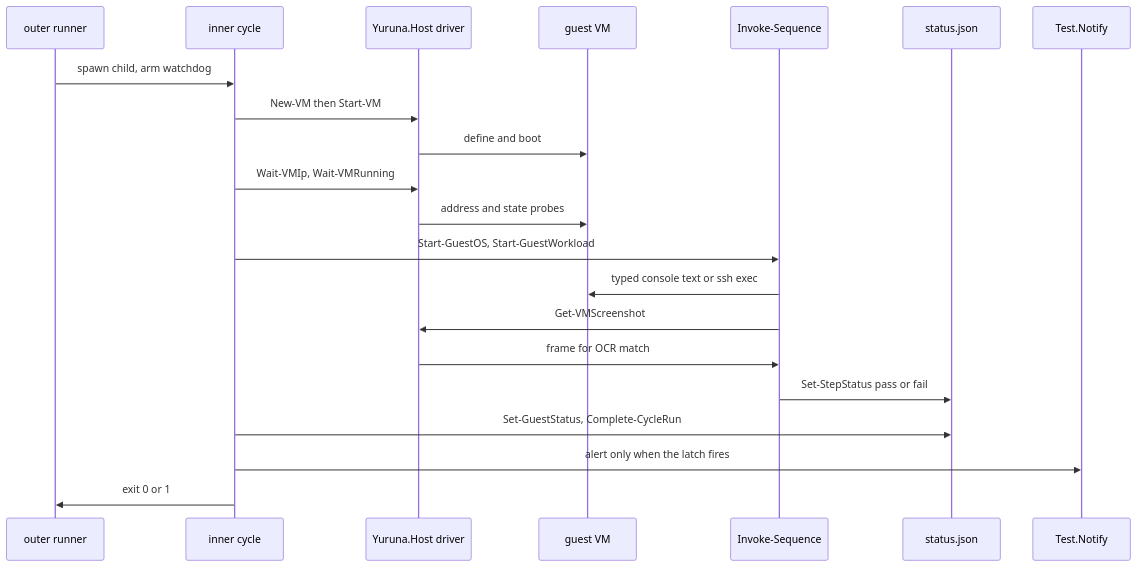
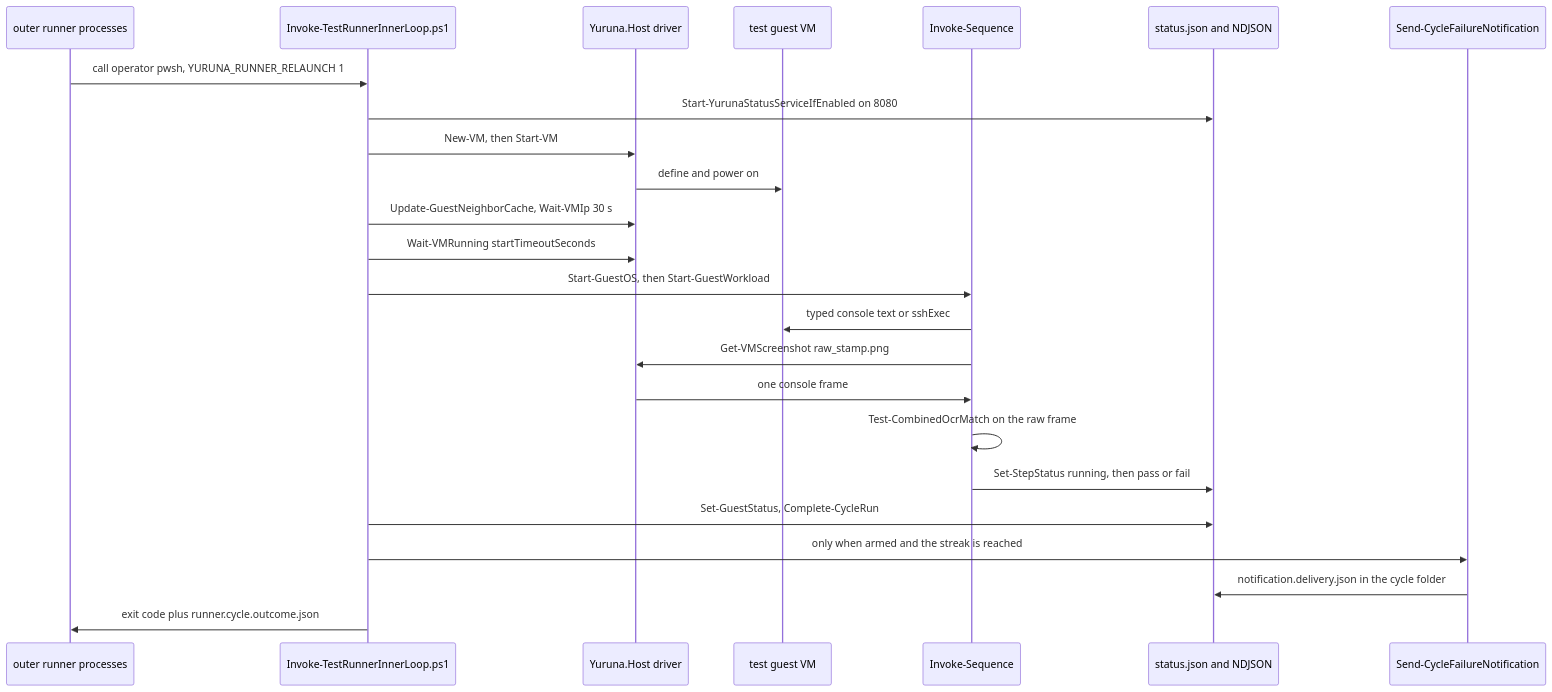
One commit to alissonsol/yuruna changed the second of 7 diagrams in docs/design/03-data-flows.md. Above: the diagram before and after it, drawn with Mermaid. The commit also changed other lines of this file and 752 other files, not shown here.

````diff
--- a/docs/design/03-data-flows.md
+++ b/docs/design/03-data-flows.md
@@ -190,23 +178,26 @@
 ```mermaid
 sequenceDiagram
-    participant outer as outer runner
-    participant inner as inner cycle
+    participant outer as outer runner processes
+    participant inner as Invoke-TestRunnerInnerLoop.ps1
     participant driver as Yuruna.Host driver
-    participant guest as guest VM
+    participant guest as test guest VM
     participant engine as Invoke-Sequence
-    participant status as status.json
-    participant notify as Test.Notify
-    outer->>inner: spawn child, arm watchdog
-    inner->>driver: New-VM then Start-VM
-    driver->>guest: define and boot
-    inner->>driver: Wait-VMIp, Wait-VMRunning
-    driver->>guest: address and state probes
-    inner->>engine: Start-GuestOS, Start-GuestWorkload
-    engine->>guest: typed console text or ssh exec
-    engine->>driver: Get-VMScreenshot
-    driver->>engine: frame for OCR match
-    engine->>status: Set-StepStatus pass or fail
+    participant status as status.json and NDJSON
+    participant notify as Send-CycleFailureNotification
+    outer->>inner: call operator pwsh, YURUNA_RUNNER_RELAUNCH 1
+    inner->>status: Start-YurunaStatusServiceIfEnabled on 8080
+    inner->>driver: New-VM, then Start-VM
+    driver->>guest: define and power on
+    inner->>driver: Update-GuestNeighborCache, Wait-VMIp 30 s
+    inner->>driver: Wait-VMRunning startTimeoutSeconds
+    inner->>engine: Start-GuestOS, then Start-GuestWorkload
+    engine->>guest: typed console text or sshExec
+    engine->>driver: Get-VMScreenshot raw_stamp.png
+    driver->>engine: one console frame
+    engine->>engine: Test-CombinedOcrMatch on the raw frame
+    engine->>status: Set-StepStatus running, then pass or fail
     inner->>status: Set-GuestStatus, Complete-CycleRun
-    inner->>notify: alert only when the latch fires
-    inner->>outer: exit 0 or 1
+    inner->>notify: only when armed and the streak is reached
+    notify->>status: notification.delivery.json in the cycle folder
+    inner->>outer: exit code plus runner.cycle.outcome.json
 ```
````
